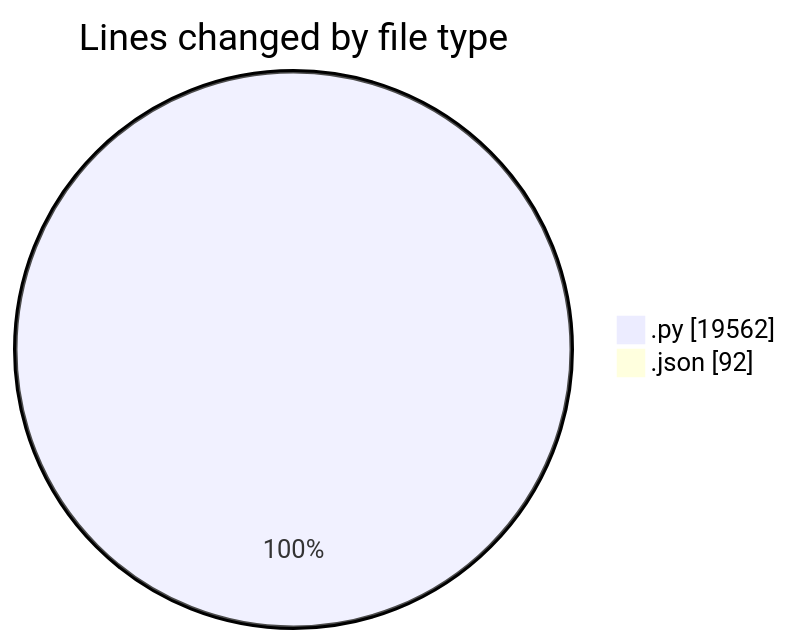
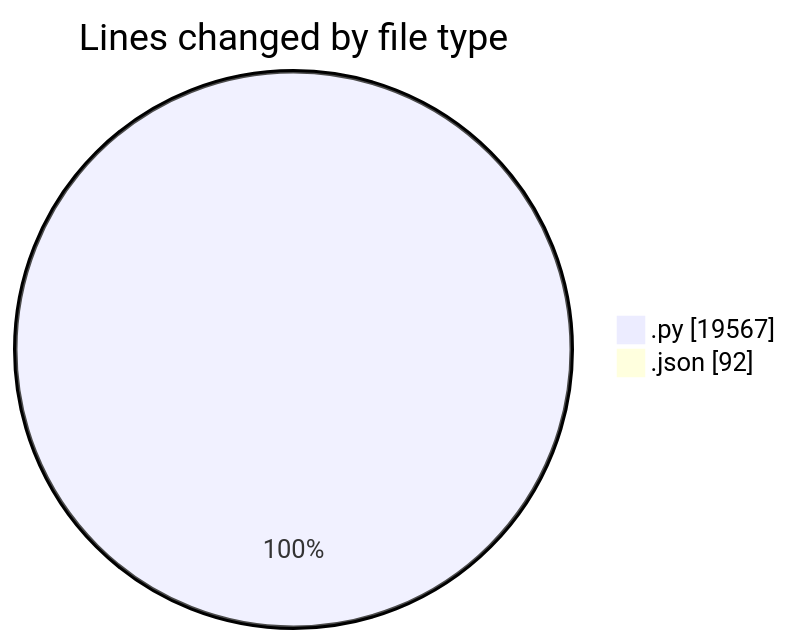
Before and after one commit to jrari/code-tracking: the first of 2 diagrams in 2025-07-13/telebot/README.md, drawn with Mermaid. The commit also changed other lines of this file and 1 other file, not shown here.

````diff
--- a/2025-07-13/telebot/README.md
+++ b/2025-07-13/telebot/README.md
@@ -50,6 +50,6 @@
 ```mermaid
 pie showData
 title Lines changed by file type
-".py" : 19562
+".py" : 19567
 ".json" : 92
 ```
````
